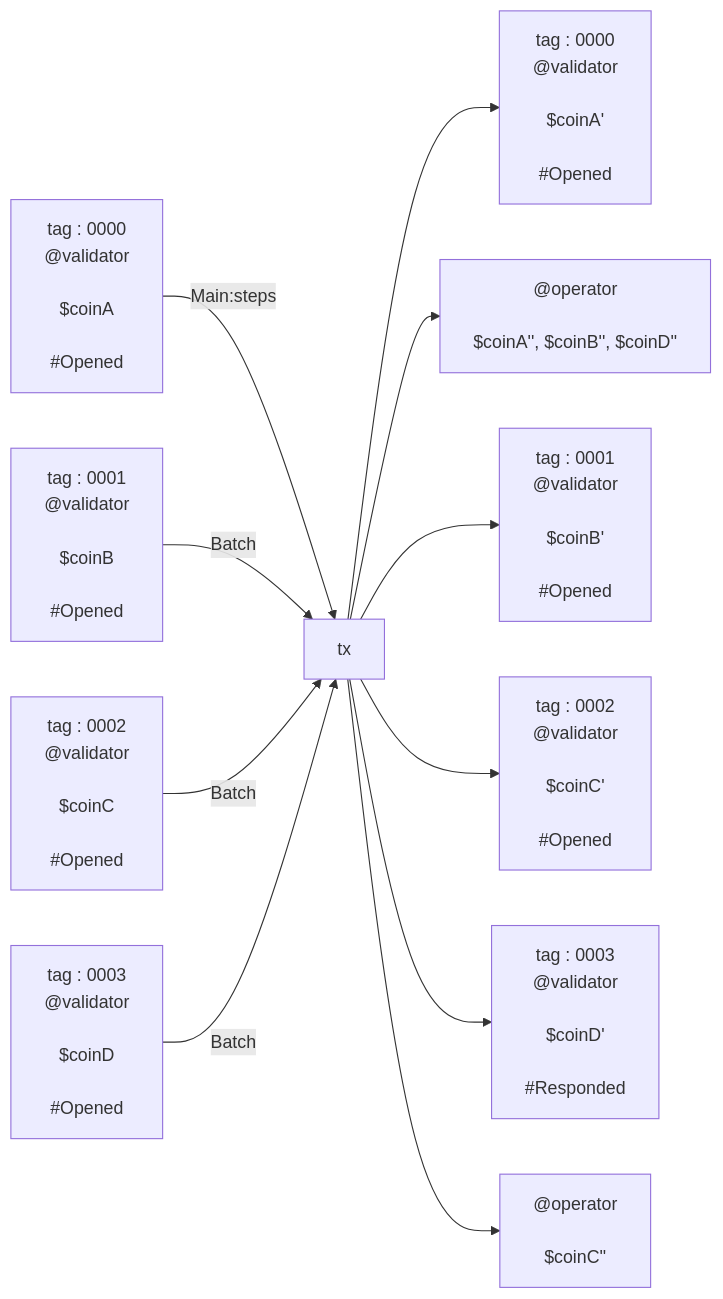
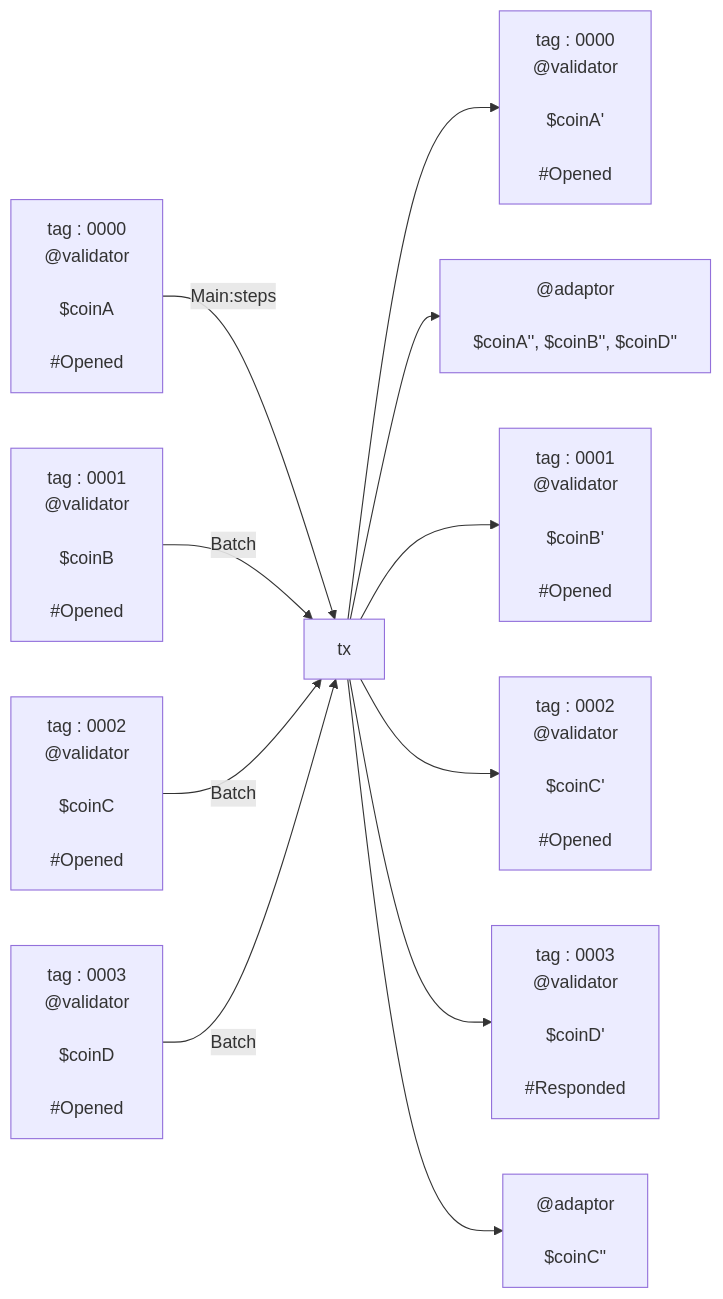
One commit to cardano-lightning/konduit changed diagram 11 of 12 in docs/design/requirements/31_kernel.md. Above: the diagram before and after it, drawn with Mermaid. The commit also changed other lines of this file and 4 other files, not shown here.

````diff
--- a/docs/design/requirements/31_kernel.md
+++ b/docs/design/requirements/31_kernel.md
@@ -899,78 +901,78 @@
 ```mermaid
 flowchart LR
     i_channel_0["
       tag : 0000
       @validator \n
       $coinA \n
       #Opened
     "]
 
     i_channel_1["
       tag : 0001
       @validator \n
       $coinB \n
       #Opened
     "]
 
     i_channel_2["
       tag : 0002
       @validator \n
       $coinC \n
       #Opened
     "]
 
     i_channel_3["
       tag : 0003
       @validator \n
       $coinD \n
       #Opened
     "]
 
     m["tx"]
 
     o_channel_0["
       tag : 0000
       @validator \n
       $coinA' \n
       #Opened
     "]
 
-    o_operator_0["
-      @operator \n
+    o_adaptor_0["
+      @adaptor \n
       $coinA'', $coinB'', $coinD''\n
     "]
 
     o_channel_1["
       tag : 0001
       @validator \n
       $coinB' \n
       #Opened
     "]
 
     o_channel_2["
       tag : 0002
       @validator \n
       $coinC' \n
       #Opened
     "]
 
     o_channel_3["
       tag : 0003
       @validator \n
       $coinD' \n
       #Responded
     "]
 
-    o_operator_1["
-      @operator \n
+    o_adaptor_1["
+      @adaptor \n
       $coinC''\n
     "]
 
 
     i_channel_0 -->|Main:steps| m --> o_channel_0
-    m --> o_operator_0
+    m --> o_adaptor_0
     i_channel_1 -->|Batch| m --> o_channel_1
     i_channel_2 -->|Batch| m --> o_channel_2
     i_channel_3 -->|Batch| m --> o_channel_3
-    m --> o_operator_1
+    m --> o_adaptor_1
 ```
````
